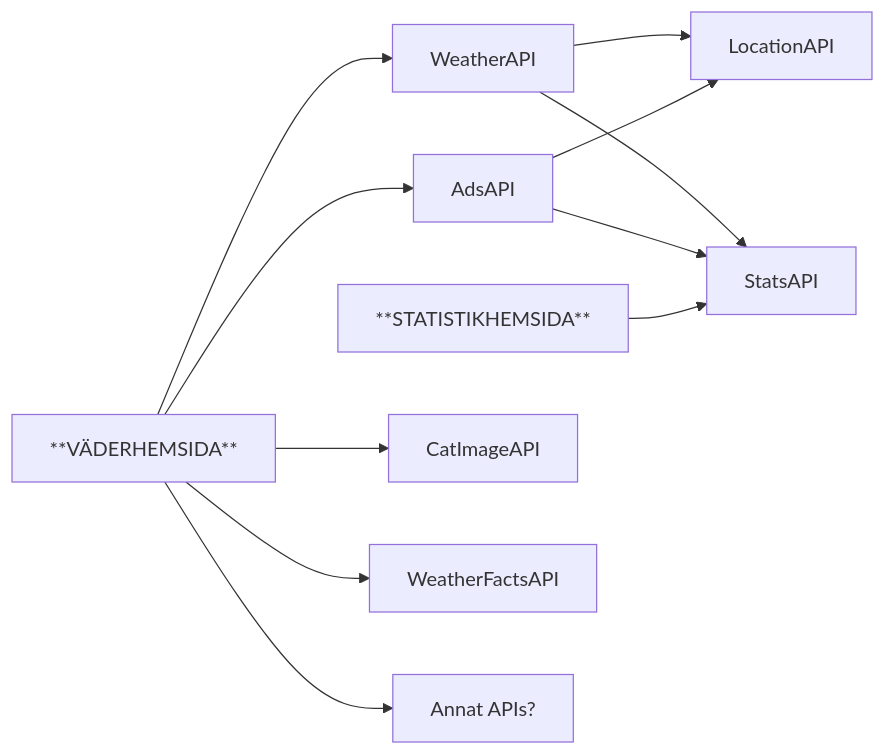
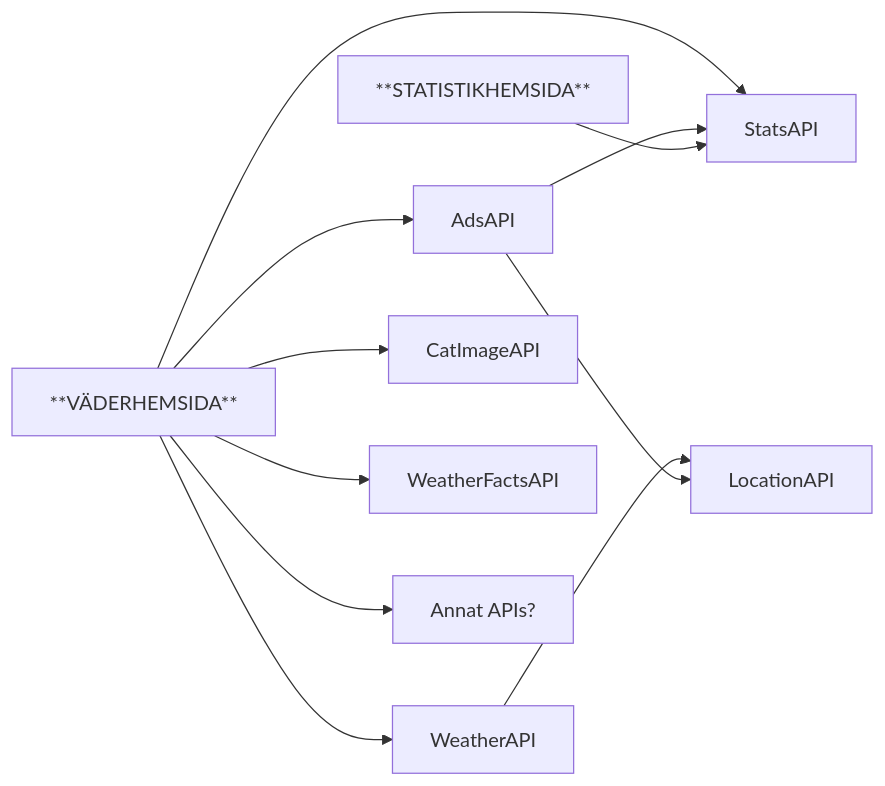
Before and after one commit to suvnet25/classroom: the diagram in docs/lektioner/oop2/v04/lektion12/workshop.md, drawn with Mermaid. The commit also changed other lines of this file, not shown here.

````diff
--- a/docs/lektioner/oop2/v04/lektion12/workshop.md
+++ b/docs/lektioner/oop2/v04/lektion12/workshop.md
@@ -25,13 +25,13 @@
 ```mermaid
 graph LR
     A[WeatherAPI] --> L[LocationAPI]
-    A --> S[StatsAPI]
+    C --> S[StatsAPI]
     Ad[AdsAPI] --> L
     Ad --> S
     B[**STATISTIKHEMSIDA**] --> S
     C[**VÄDERHEMSIDA**] --> A
     C --> Ad
     C --> Cat[CatImageAPI]
     C --> F[WeatherFactsAPI]
     C --> ApiX[Annat APIs?]
 ```
````
